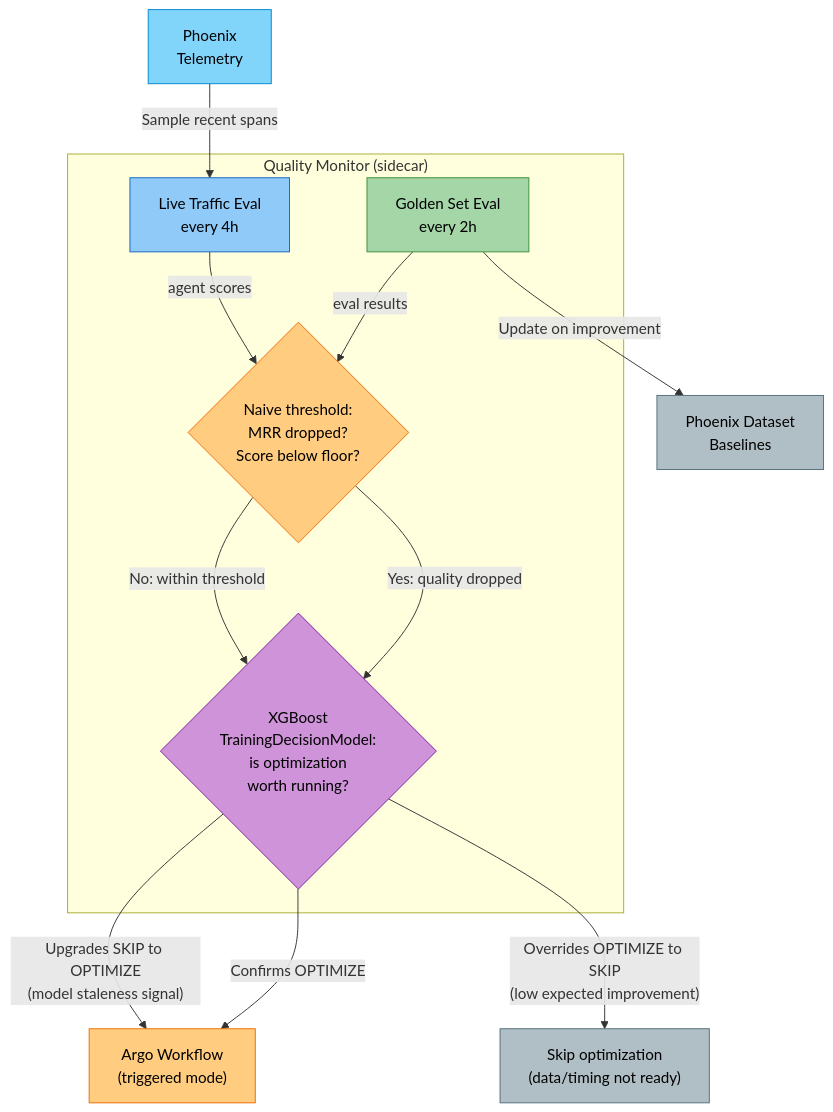
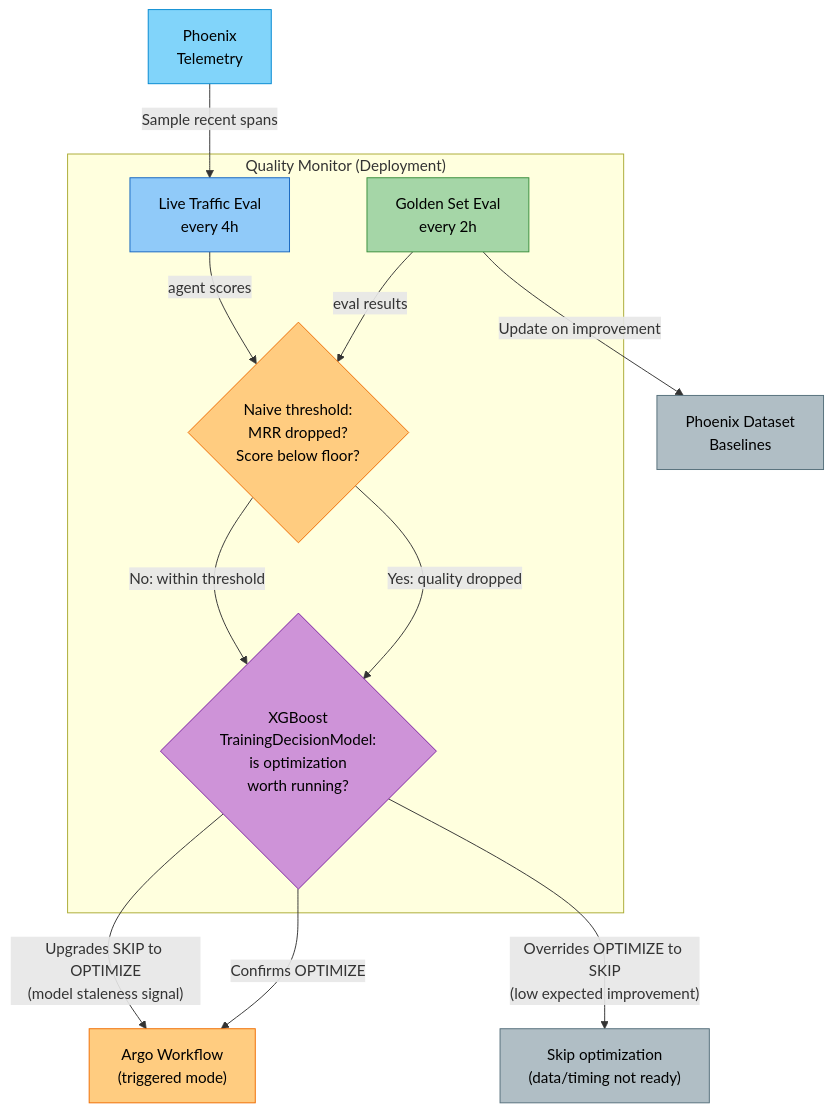
The seventh of 8 diagrams in docs/architecture/evaluation-optimization-loop.md (amit-jain/cogniverse), drawn with Mermaid before and after one commit. The commit also changed other lines of this file and 17 other files, not shown here.

First line of the commit message:
Move quality monitor into its own Deployment

````diff
--- a/docs/architecture/evaluation-optimization-loop.md
+++ b/docs/architecture/evaluation-optimization-loop.md
@@ -836,35 +836,35 @@
 ```mermaid
 flowchart TD
-    subgraph "Quality Monitor (sidecar)"
+    subgraph "Quality Monitor (Deployment)"
         GM["<span style='color:#000'>Golden Set Eval<br/>every 2h</span>"]
         LT["<span style='color:#000'>Live Traffic Eval<br/>every 4h</span>"]
         THR{"<span style='color:#000'>Naive threshold:<br/>MRR dropped?<br/>Score below floor?</span>"}
         XGB{"<span style='color:#000'>XGBoost<br/>TrainingDecisionModel:<br/>is optimization<br/>worth running?</span>"}
     end
 
     PHX["<span style='color:#000'>Phoenix<br/>Telemetry</span>"]
     ARGO["<span style='color:#000'>Argo Workflow<br/>(triggered mode)</span>"]
     BASELINE["<span style='color:#000'>Phoenix Dataset<br/>Baselines</span>"]
     SKIP["<span style='color:#000'>Skip optimization<br/>(data/timing not ready)</span>"]
 
     GM -->|"eval results"| THR
     LT -->|"agent scores"| THR
     PHX -->|"Sample recent spans"| LT
     GM -->|"Update on improvement"| BASELINE
 
     THR -- "Yes: quality dropped" --> XGB
     THR -- "No: within threshold" --> XGB
 
     XGB -- "Confirms OPTIMIZE" --> ARGO
     XGB -- "Overrides OPTIMIZE to SKIP\n(low expected improvement)" --> SKIP
     XGB -- "Upgrades SKIP to OPTIMIZE\n(model staleness signal)" --> ARGO
 
     style GM fill:#a5d6a7,stroke:#388e3c,color:#000
     style LT fill:#90caf9,stroke:#1565c0,color:#000
     style THR fill:#ffcc80,stroke:#ef6c00,color:#000
     style XGB fill:#ce93d8,stroke:#7b1fa2,color:#000
     style PHX fill:#81d4fa,stroke:#0288d1,color:#000
     style ARGO fill:#ffcc80,stroke:#ef6c00,color:#000
     style BASELINE fill:#b0bec5,stroke:#546e7a,color:#000
     style SKIP fill:#b0bec5,stroke:#546e7a,color:#000
 ```
````
